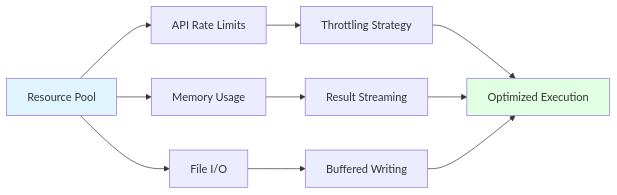
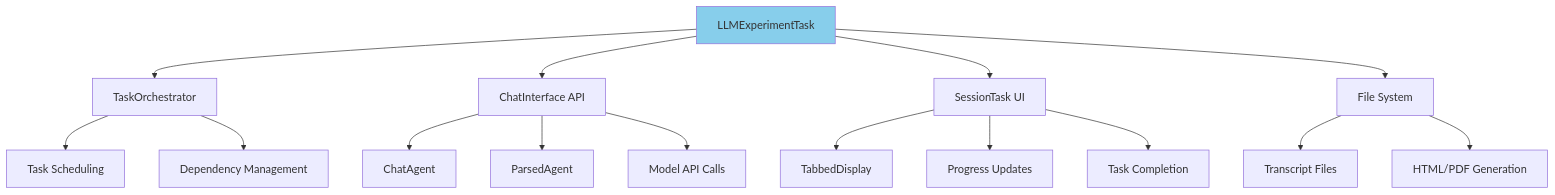
Before and after one commit to SimiaCryptus/Cognotik: diagram 20 of 22 in docs/LLMExperimentTask.md, drawn with Mermaid. The commit also changed other lines of this file and 7 other files, not shown here.

````diff
--- a/docs/LLMExperimentTask.md
+++ b/docs/LLMExperimentTask.md
@@ -776,17 +738,23 @@
 ```mermaid
-flowchart LR
-    A[Resource Pool] --> B[API Rate Limits]
-    A --> C[Memory Usage]
-    A --> D[File I/O]
+graph TD
+    A[LLMExperimentTask] --> B[TaskOrchestrator]
+    A --> C[ChatInterface API]
+    A --> D[SessionTask UI]
+    A --> E[File System]
 
-    B --> E[Throttling Strategy]
-    C --> F[Result Streaming]
-    D --> G[Buffered Writing]
+    B --> B1[Task Scheduling]
+    B --> B2[Dependency Management]
 
-    E --> H[Optimized Execution]
-    F --> H
-    G --> H
+    C --> C1[ChatAgent]
+    C --> C2[ParsedAgent]
+    C --> C3[Model API Calls]
 
-    style A fill:#e1f5ff
-    style H fill:#e1ffe1
+    D --> D1[TabbedDisplay]
+    D --> D2[Progress Updates]
+    D --> D3[Task Completion]
+
+    E --> E1[Transcript Files]
+    E --> E2[HTML/PDF Generation]
+
+    style A fill:#87CEEB
 ```
````
